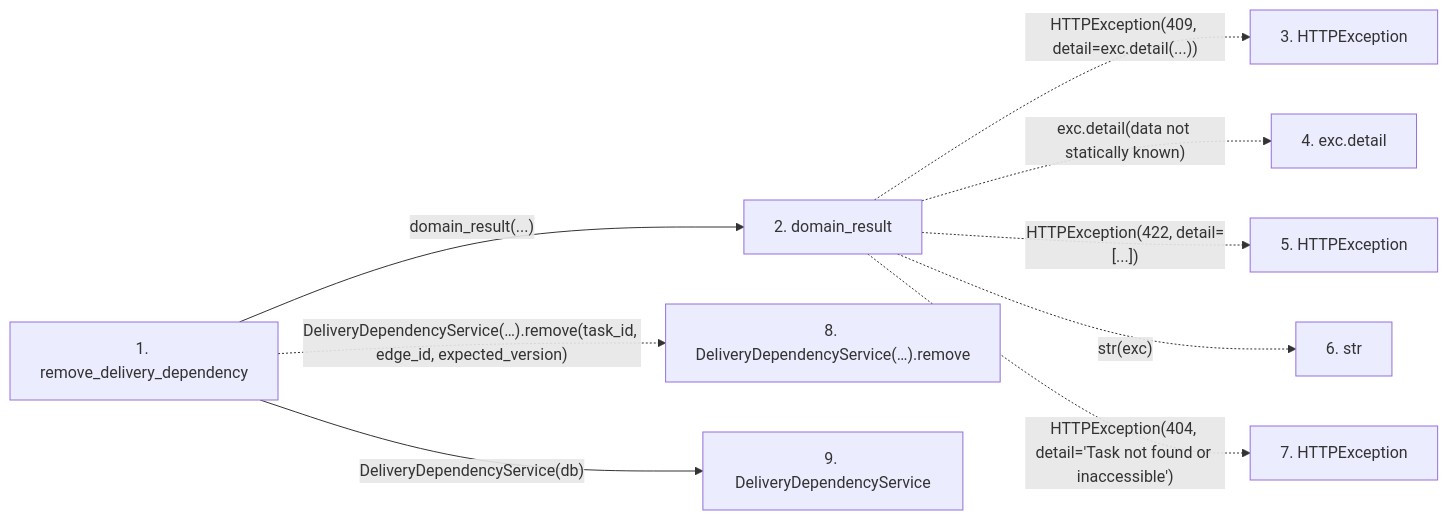
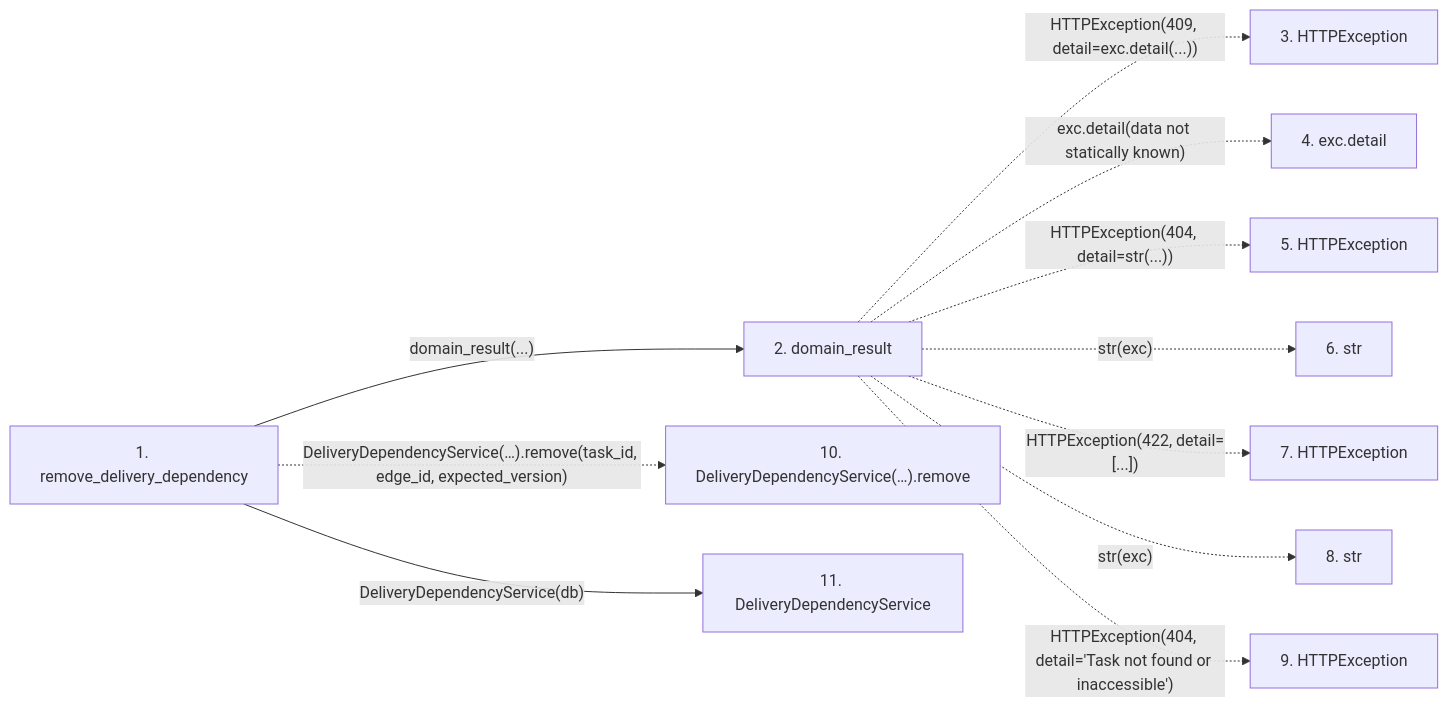
The second of 2 diagrams in docs/llm_wiki/flows/http-remove_delivery_dependency.md (Denissvgn/WorkChord), drawn with Mermaid before and after one commit. The commit also changed other lines of this file and 6624 other files, not shown here.

````diff
--- a/docs/llm_wiki/flows/http-remove_delivery_dependency.md
+++ b/docs/llm_wiki/flows/http-remove_delivery_dependency.md
@@ -32,23 +34,27 @@
 ```mermaid
 flowchart LR
     s1["1. remove_delivery_dependency"]
     s2["2. domain_result"]
     s3["3. HTTPException"]
     s4["4. exc.detail"]
     s5["5. HTTPException"]
     s6["6. str"]
     s7["7. HTTPException"]
-    s8["8. DeliveryDependencyService(…).remove"]
-    s9["9. DeliveryDependencyService"]
+    s8["8. str"]
+    s9["9. HTTPException"]
+    s10["10. DeliveryDependencyService(…).remove"]
+    s11["11. DeliveryDependencyService"]
     s1 -->|"domain_result(...)"| s2
     s2 -. "HTTPException(409, detail=exc.detail(...))" .-> s3
     s2 -. "exc.detail(data not statically known)" .-> s4
-    s2 -. "HTTPException(422, detail=[...])" .-> s5
+    s2 -. "HTTPException(404, detail=str(...))" .-> s5
     s2 -. "str(exc)" .-> s6
-    s2 -. "HTTPException(404, detail='Task not found or inaccessible')" .-> s7
-    s1 -. "DeliveryDependencyService(…).remove(task_id, edge_id, expected_version)" .-> s8
-    s1 -->|"DeliveryDependencyService(db)"| s9
+    s2 -. "HTTPException(422, detail=[...])" .-> s7
+    s2 -. "str(exc)" .-> s8
+    s2 -. "HTTPException(404, detail='Task not found or inaccessible')" .-> s9
+    s1 -. "DeliveryDependencyService(…).remove(task_id, edge_id, expected_version)" .-> s10
+    s1 -->|"DeliveryDependencyService(db)"| s11
     click s1 "../modules/delivery_dependencies.md"
     click s2 "../modules/routers_task_domain.md"
-    click s9 "../modules/delivery_dependency_service.md"
+    click s11 "../modules/delivery_dependency_service.md"
 ```
````
